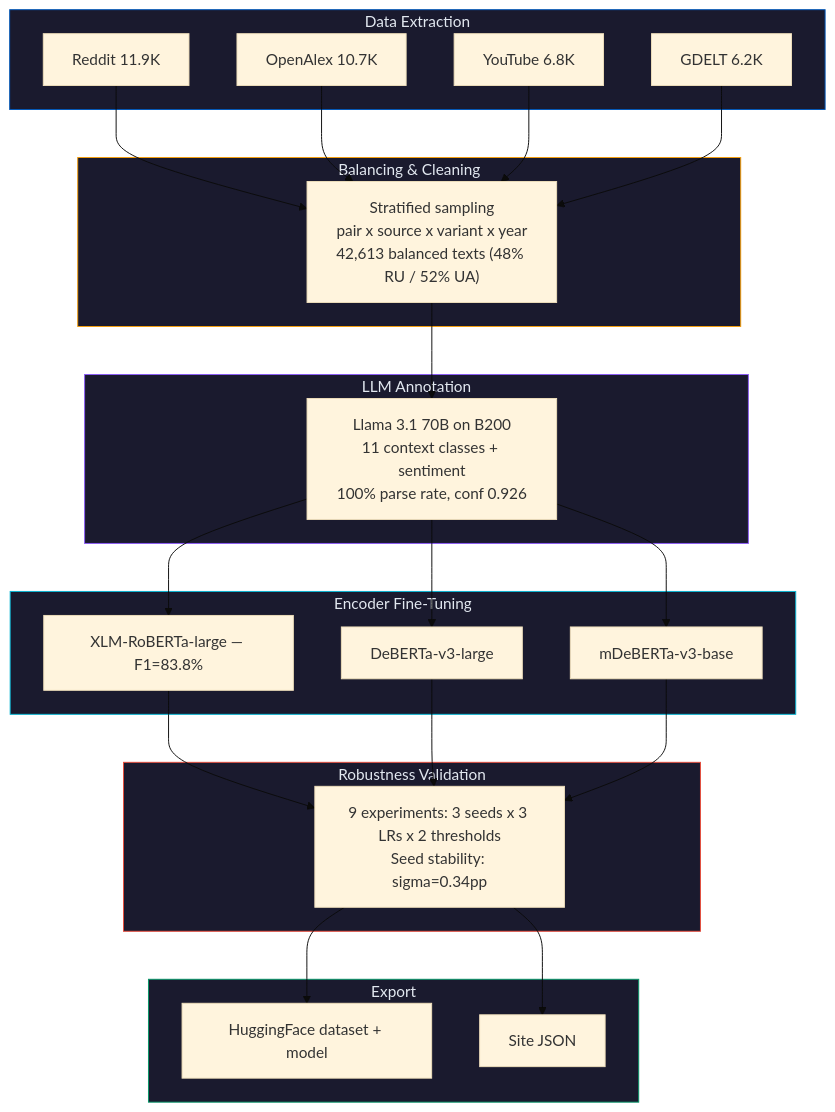
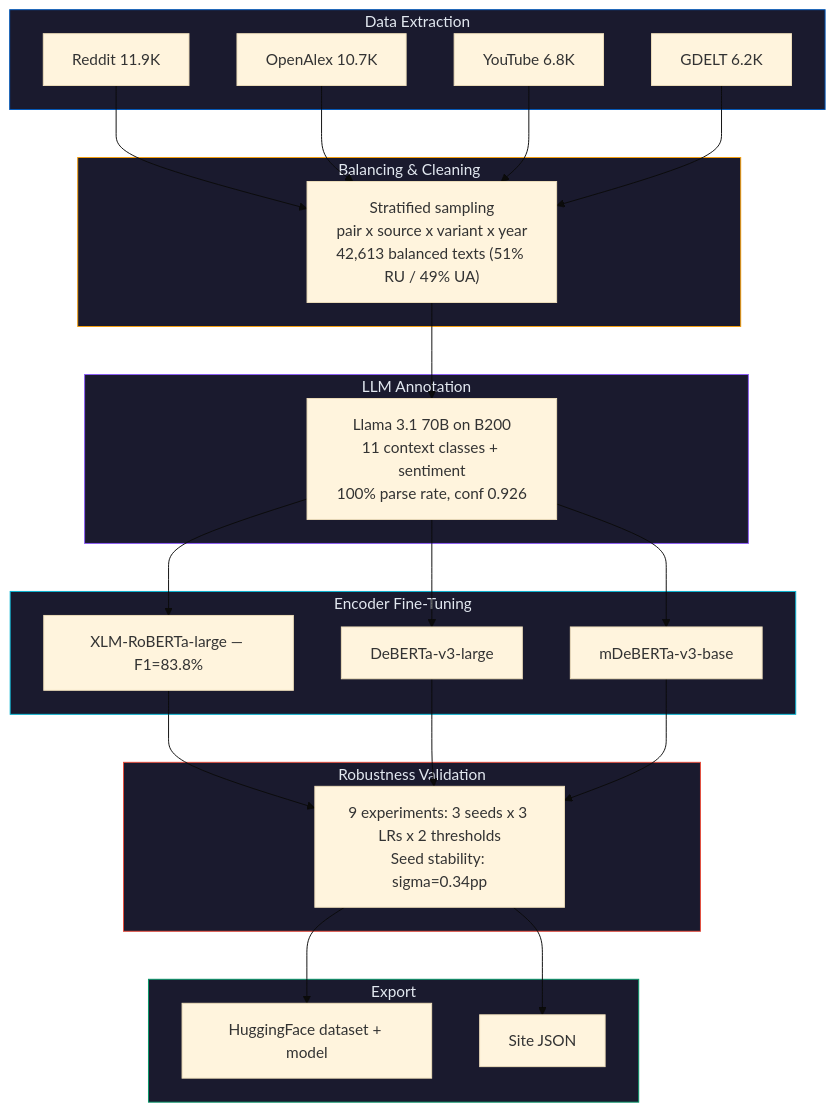
The diagram in pipeline/cl/README.md (IvanDobrovolsky/kyivnotkiev), drawn with Mermaid (base theme) before and after one commit. The commit also changed other lines of this file and 27 other files, not shown here.

````diff
--- a/pipeline/cl/README.md
+++ b/pipeline/cl/README.md
@@ -22,40 +22,40 @@
 ```mermaid
 flowchart TD
     subgraph Extract["Data Extraction"]
         style Extract fill:#1a1a2e,stroke:#0057B8,color:#e2e8f0
         R["Reddit 11.9K"]
         OA["OpenAlex 10.7K"]
         YT["YouTube 6.8K"]
         G["GDELT 6.2K"]
     end
 
     subgraph Balance["Balancing & Cleaning"]
         style Balance fill:#1a1a2e,stroke:#f59e0b,color:#e2e8f0
-        B["Stratified sampling<br/>pair x source x variant x year<br/>42,613 balanced texts (48% RU / 52% UA)"]
+        B["Stratified sampling<br/>pair x source x variant x year<br/>42,613 balanced texts (51% RU / 49% UA)"]
     end
 
     subgraph Annotate["LLM Annotation"]
         style Annotate fill:#1a1a2e,stroke:#8b5cf6,color:#e2e8f0
         L["Llama 3.1 70B on B200<br/>11 context classes + sentiment<br/>100% parse rate, conf 0.926"]
     end
 
     subgraph Finetune["Encoder Fine-Tuning"]
         style Finetune fill:#1a1a2e,stroke:#06b6d4,color:#e2e8f0
         X["XLM-RoBERTa-large — F1=83.8%"]
         D["DeBERTa-v3-large"]
         M["mDeBERTa-v3-base"]
     end
 
     subgraph Robust["Robustness Validation"]
         style Robust fill:#1a1a2e,stroke:#E74C3C,color:#e2e8f0
         RV["9 experiments: 3 seeds x 3 LRs x 2 thresholds<br/>Seed stability: sigma=0.34pp"]
     end
 
     subgraph Export["Export"]
         style Export fill:#1a1a2e,stroke:#059669,color:#e2e8f0
         HF["HuggingFace dataset + model"]
         SJ["Site JSON"]
     end
 
     R & OA & YT & G --> B --> L --> X & D & M --> RV --> HF & SJ
 ```
````
